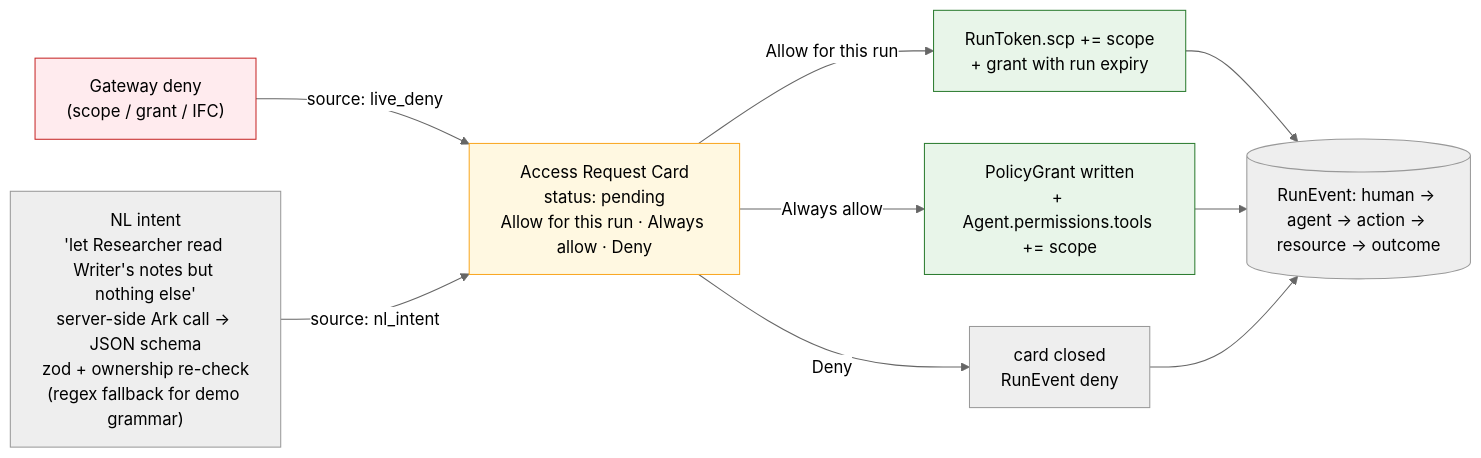
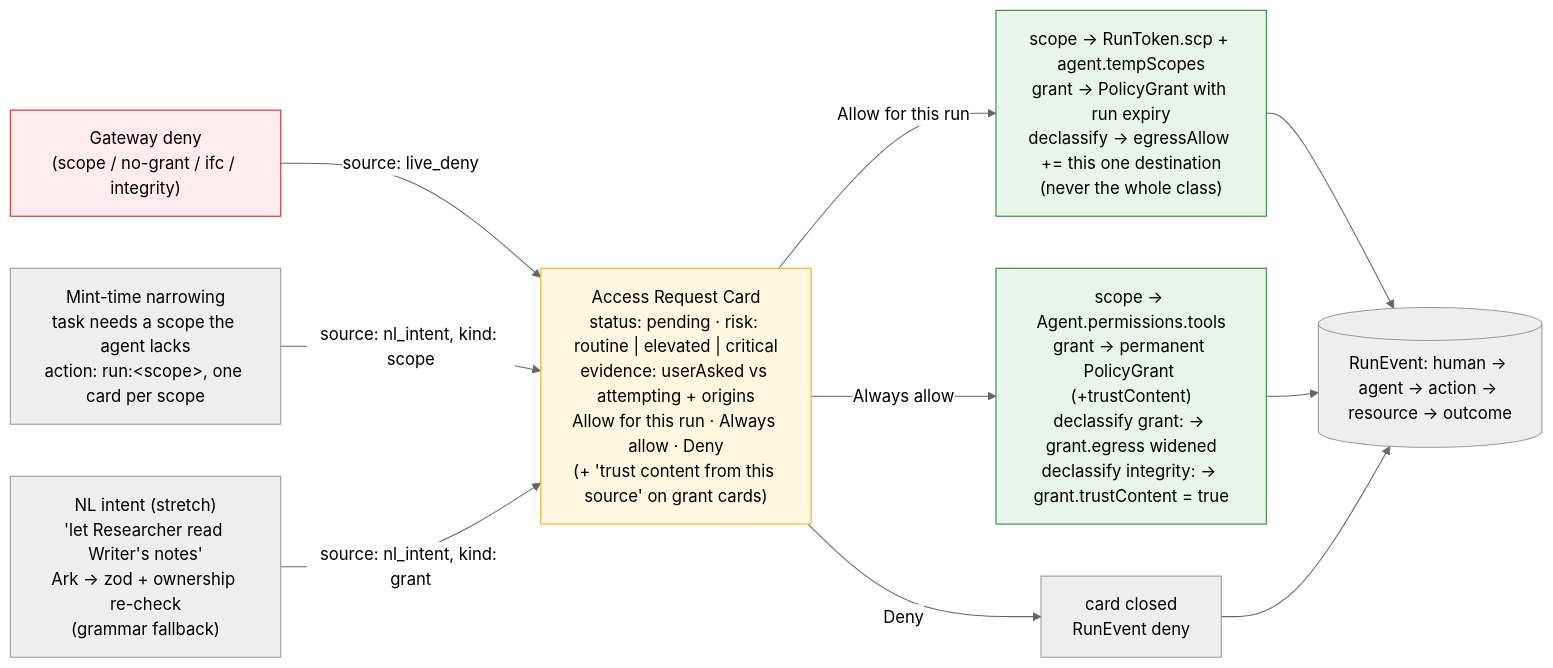
The fifth of 11 diagrams in docs/DIAGRAMS.md (jeanyang04/TikTokJam-2026), drawn with Mermaid (neutral theme) before and after one commit. The commit also changed other lines of this file and 13 other files, not shown here.

First line of the commit message:
docs: refresh diagrams and API contract; remove PLAN, SEAMS, TEAM

````diff
--- a/docs/DIAGRAMS.md
+++ b/docs/DIAGRAMS.md
@@ -214,17 +224,18 @@
 ```mermaid
 flowchart LR
-    D["Gateway deny<br/>(scope / grant / IFC)"] -- "source: live_deny" --> CARD
-    N["NL intent<br/>'let Researcher read Writer's notes but nothing else'<br/>server-side Ark call → JSON schema<br/>zod + ownership re-check<br/>(regex fallback for demo grammar)"] -- "source: nl_intent" --> CARD
+    D["Gateway deny<br/>(scope / no-grant / ifc / integrity)"] -- "source: live_deny" --> CARD
+    PRE["Mint-time narrowing<br/>task needs a scope the agent lacks<br/>action: run:&lt;scope&gt;, one card per scope"] -- "source: nl_intent, kind: scope" --> CARD
+    N["NL intent (stretch)<br/>'let Researcher read Writer's notes'<br/>Ark → zod + ownership re-check<br/>(grammar fallback)"] -- "source: nl_intent, kind: grant" --> CARD
 
-    CARD["Access Request Card<br/>status: pending<br/>Allow for this run · Always allow · Deny"]
+    CARD["Access Request Card<br/>status: pending · risk: routine | elevated | critical<br/>evidence: userAsked vs attempting + origins<br/>Allow for this run · Always allow · Deny<br/>(+ 'trust content from this source' on grant cards)"]
 
-    CARD -- "Allow for this run" --> ONCE["RunToken.scp += scope<br/>+ grant with run expiry"]
-    CARD -- "Always allow" --> ALWAYS["PolicyGrant written<br/>+ Agent.permissions.tools += scope"]
+    CARD -- "Allow for this run" --> ONCE["scope → RunToken.scp + agent.tempScopes<br/>grant → PolicyGrant with run expiry<br/>declassify → egressAllow += this one destination<br/>(never the whole class)"]
+    CARD -- "Always allow" --> ALWAYS["scope → Agent.permissions.tools<br/>grant → permanent PolicyGrant (+trustContent)<br/>declassify grant: → grant.egress widened<br/>declassify integrity: → grant.trustContent = true"]
     CARD -- "Deny" --> DENY["card closed<br/>RunEvent deny"]
     ONCE & ALWAYS & DENY --> EV[("RunEvent: human → agent → action → resource → outcome")]
 
     style D fill:#ffebee,stroke:#c62828
     style CARD fill:#fff8e1,stroke:#f9a825
     style ALWAYS fill:#e8f5e9,stroke:#2e7d32
     style ONCE fill:#e8f5e9,stroke:#2e7d32
 ```
````
